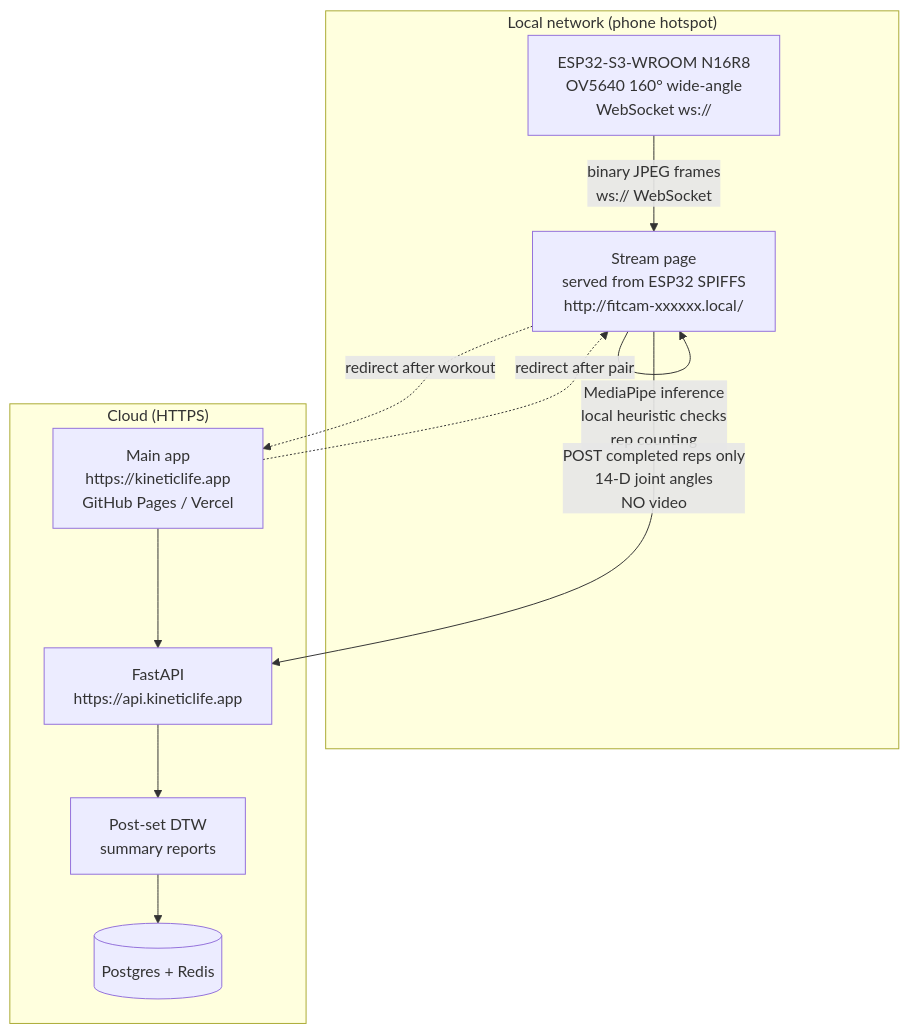
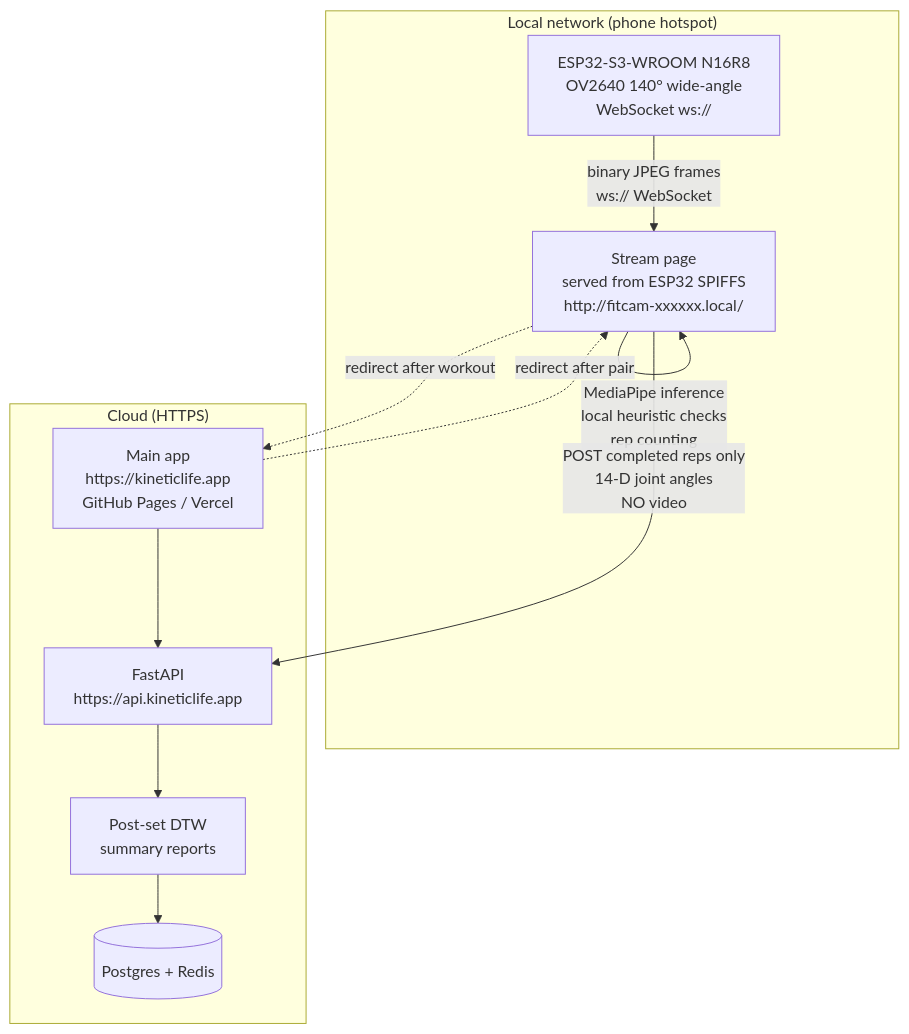
The first of 2 diagrams in docs/00_System_Overview.md (Dennis-T-cloud/KineticLife-), drawn with Mermaid before and after one commit. The commit also changed other lines of this file and 7 other files, not shown here.

Commit message:
Finished device-side data flow optimization + added skip logic to avoid backlog

````diff
--- a/docs/00_System_Overview.md
+++ b/docs/00_System_Overview.md
@@ -37,21 +37,21 @@
 ```mermaid
 flowchart TB
     subgraph Local["Local network (phone hotspot)"]
-        ESP["ESP32-S3-WROOM N16R8<br/>OV5640 160° wide-angle<br/>WebSocket ws://"]
+        ESP["ESP32-S3-WROOM N16R8<br/>OV2640 140° wide-angle<br/>WebSocket ws://"]
         StreamPage["Stream page<br/>served from ESP32 SPIFFS<br/>http://fitcam-xxxxxx.local/"]
         ESP -- "binary JPEG frames<br/>ws:// WebSocket" --> StreamPage
         StreamPage -- "MediaPipe inference<br/>local heuristic checks<br/>rep counting" --> StreamPage
     end
 
     subgraph Cloud["Cloud (HTTPS)"]
         MainApp["Main app<br/>https://kineticlife.app<br/>GitHub Pages / Vercel"]
         API["FastAPI<br/>https://api.kineticlife.app"]
         DTW["Post-set DTW<br/>summary reports"]
         DB[("Postgres + Redis")]
         MainApp --> API --> DTW --> DB
     end
 
     StreamPage -- "POST completed reps only<br/>14-D joint angles<br/>NO video" --> API
     MainApp -. "redirect after pair" .-> StreamPage
     StreamPage -. "redirect after workout" .-> MainApp
 ```
````
